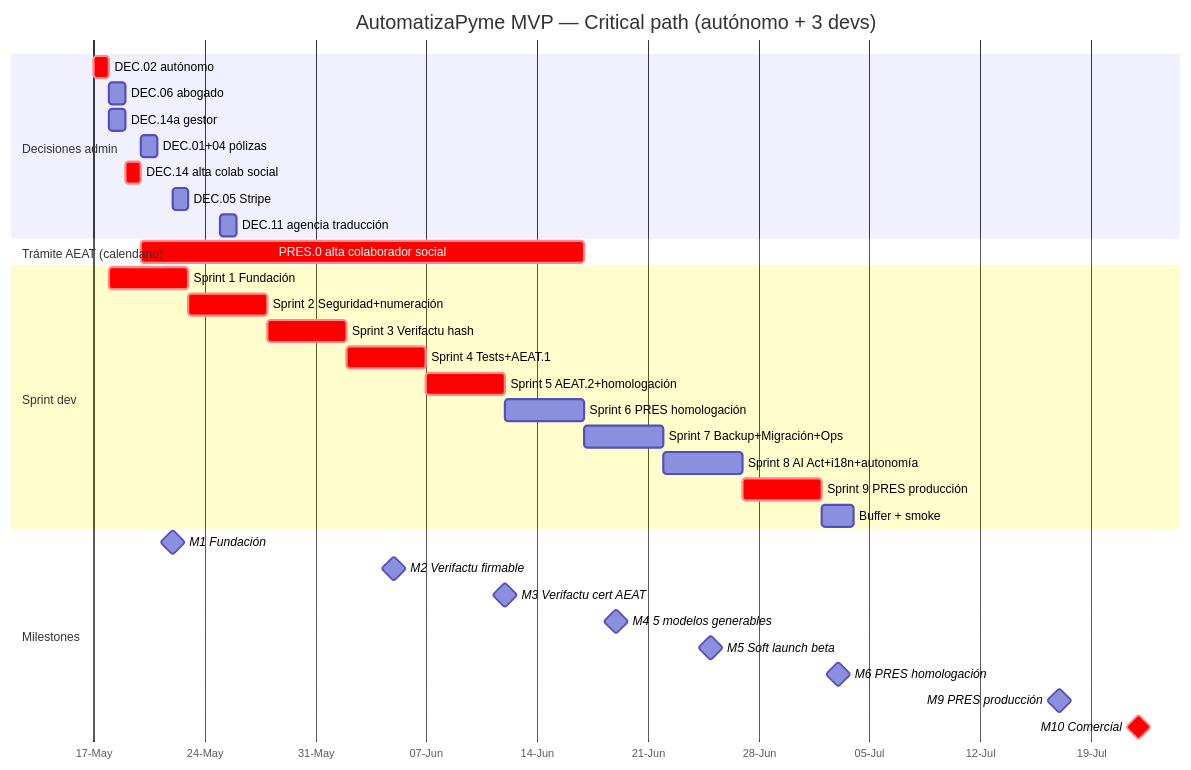
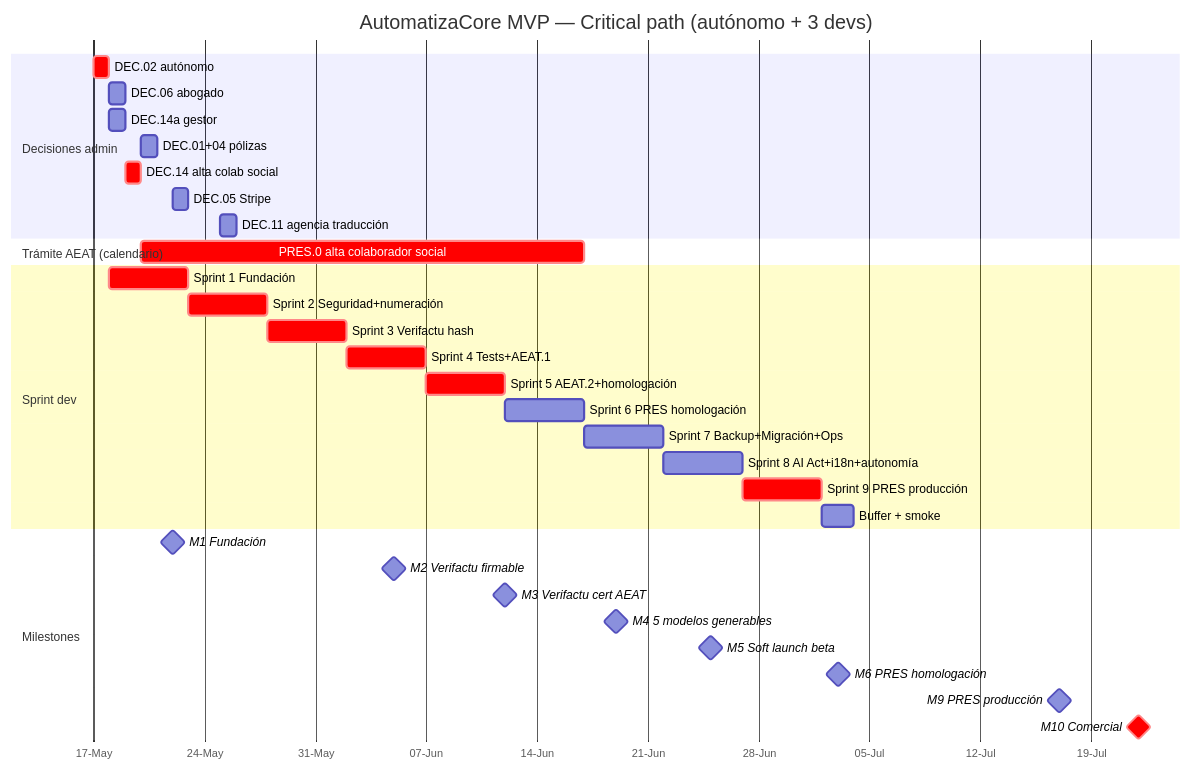
The diagram in tasks/roadmap.md (Llicklair/Automatiza-Core), drawn with Mermaid before and after one commit. The commit also changed other lines of this file and 139 other files, not shown here.

First line of the commit message:
chore: rename AutomatizaPyme → AutomatizaCore across entire codebase

````diff
--- a/tasks/roadmap.md
+++ b/tasks/roadmap.md
@@ -178,40 +178,40 @@
 ```mermaid
 gantt
-    title AutomatizaPyme MVP — Critical path (autónomo + 3 devs)
+    title AutomatizaCore MVP — Critical path (autónomo + 3 devs)
     dateFormat YYYY-MM-DD
     axisFormat %d-%b
 
     section Decisiones admin
     DEC.02 autónomo                :crit, dec02, 2026-05-17, 1d
     DEC.06 abogado                 :dec06, 2026-05-18, 1d
     DEC.14a gestor                 :dec14a, 2026-05-18, 1d
     DEC.01+04 pólizas              :dec0104, 2026-05-20, 1d
     DEC.14 alta colab social       :crit, dec14, after dec14a, 1d
     DEC.05 Stripe                  :dec05, 2026-05-22, 1d
     DEC.11 agencia traducción      :dec11, 2026-05-25, 1d
 
     section Trámite AEAT (calendario)
     PRES.0 alta colaborador social :crit, pres0, after dec14, 28d
 
     section Sprint dev
     Sprint 1 Fundación             :crit, s1, 2026-05-18, 5d
     Sprint 2 Seguridad+numeración  :crit, s2, after s1, 5d
     Sprint 3 Verifactu hash        :crit, s3, after s2, 5d
     Sprint 4 Tests+AEAT.1          :crit, s4, after s3, 5d
     Sprint 5 AEAT.2+homologación   :crit, s5, after s4, 5d
     Sprint 6 PRES homologación     :s6, after s5, 5d
     Sprint 7 Backup+Migración+Ops  :s7, after s6, 5d
     Sprint 8 AI Act+i18n+autonomía :s8, after s7, 5d
     Sprint 9 PRES producción       :crit, s9, after s8, 5d
     Buffer + smoke                 :buff, after s9, 2d
 
     section Milestones
     M1 Fundación                   :milestone, m1, 2026-05-22, 0d
     M2 Verifactu firmable          :milestone, m2, 2026-06-05, 0d
     M3 Verifactu cert AEAT         :milestone, m3, 2026-06-12, 0d
     M4 5 modelos generables        :milestone, m4, 2026-06-19, 0d
     M5 Soft launch beta            :milestone, m5, 2026-06-25, 0d
     M6 PRES homologación           :milestone, m6, 2026-07-03, 0d
     M9 PRES producción             :milestone, m9, 2026-07-17, 0d
     M10 Comercial                  :crit, milestone, m10, 2026-07-22, 0d
 ```
````
